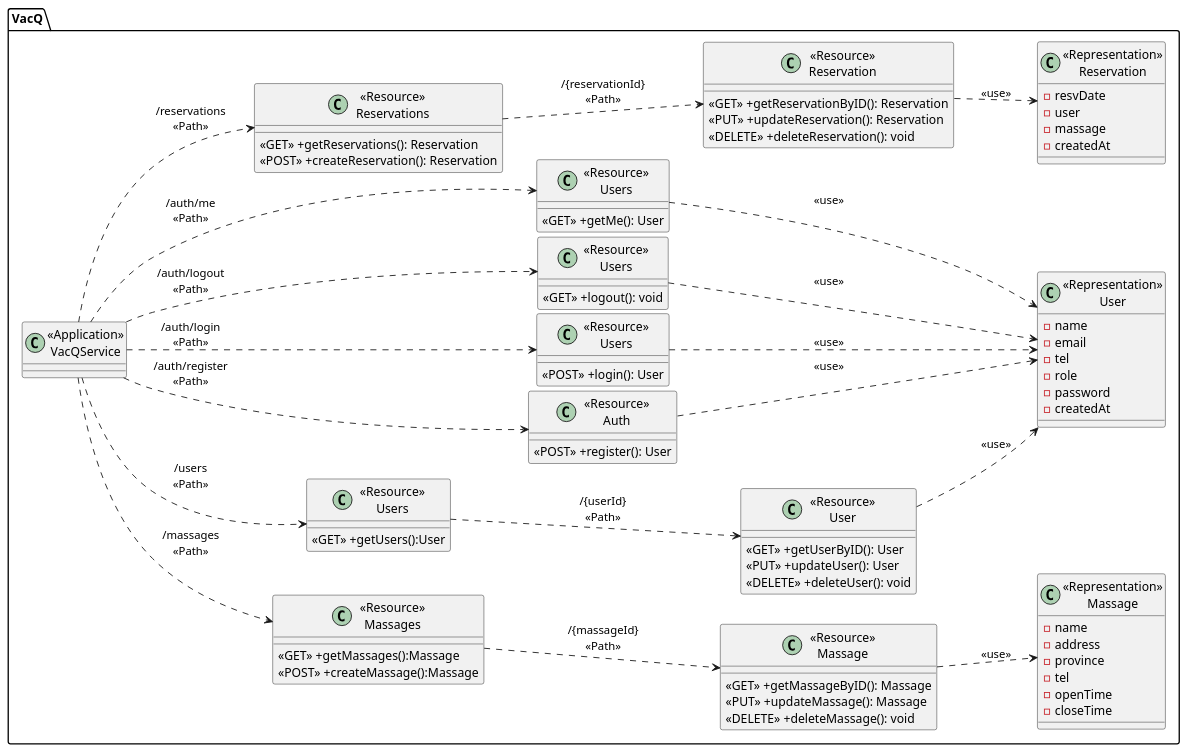
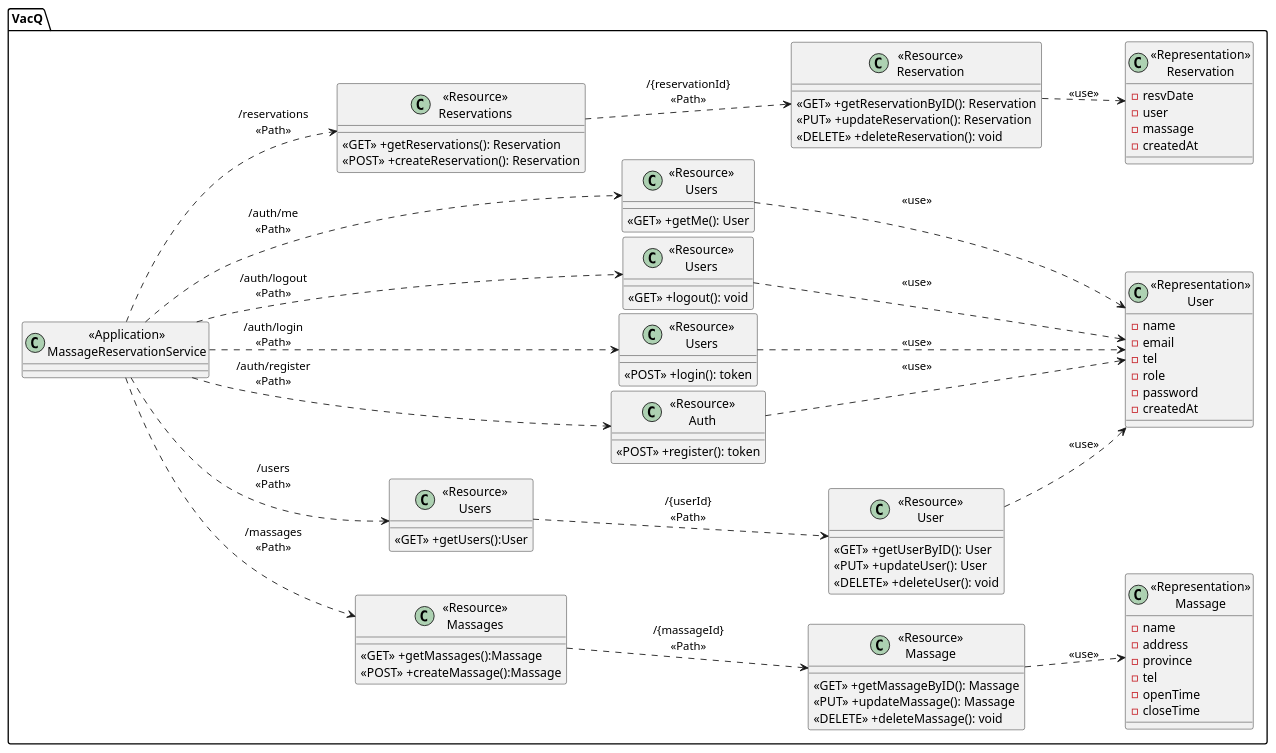
Before and after one commit to 2110503TACEDT66/presentation-day-1-bankyvineyardohoyo-and-friend: the diagram in ClassDiagram.puml, drawn with PlantUML.

Commit message:
Updated puml file

```diff
--- a/ClassDiagram.puml
+++ b/ClassDiagram.puml
@@ -1,107 +1,107 @@
 @startuml
 left to right direction
 package "VacQ"{
-    class "<<Application>>\nVacQService" as VacQService{}
+    class "<<Application>>\nMassageReservationService" as VacQService{}
 
     class "<<Resource>>\nMassages" as ResourceMassages{
         <<GET>> +getMassages():Massage
         <<POST>> +createMassage():Massage
     }
 
     class "<<Resource>>\nMassage" as ResourceMassage {
         <<GET>> +getMassageByID(): Massage
         <<PUT>> +updateMassage(): Massage
         <<DELETE>> +deleteMassage(): void
     }
 
     class "<<Representation>>\nMassage" as RepresentationMassage {
         -name
         -address
         -province
         -tel
         -openTime
         -closeTime
     }
 
     class "<<Resource>>\nUsers" as ResourceUsers{
         <<GET>> +getUsers():User
     }
 
     class "<<Resource>>\nUser" as ResourceUser {
         <<GET>> +getUserByID(): User
         <<PUT>> +updateUser(): User
         <<DELETE>> +deleteUser(): void
     }
     class "<<Resource>>\nAuth" as ResourceAuthRegister {
-        <<POST>> +register(): User
+        <<POST>> +register(): token
     }
 
      class "<<Resource>>\nUsers" as ResourceAuthLogin{
-         <<POST>> +login(): User
+         <<POST>> +login(): token
     }
      class "<<Resource>>\nUsers" as ResourceAuthLogout{
        <<GET>> +logout(): void
     }
      class "<<Resource>>\nUsers" as ResourceAuthGetMe{
         <<GET>> +getMe(): User
     }
      
 
   
 
 
     class "<<Representation>>\nUser" as RepresentationUser {
         -name
         -email
         -tel
         -role
         -password
         -createdAt
         
     }
 
     
     class "<<Resource>>\nReservations" as ResourceReservations{
         <<GET>> +getReservations(): Reservation
         <<POST>> +createReservation(): Reservation
         
     }
 
      class "<<Resource>>\nReservation" as ResourceReservation {
         <<GET>> +getReservationByID(): Reservation
         <<PUT>> +updateReservation(): Reservation
         <<DELETE>> +deleteReservation(): void
     }
 
     class "<<Representation>>\nReservation" as RepresentationReservation {
         -resvDate
         -user
         -massage
         -createdAt
     }
 }
 
 VacQService ..> ResourceMassages:"/massages\n<<Path>>"
 ResourceMassages ..> ResourceMassage: "/{massageId}\n<<Path>>"
 ResourceMassage ..> RepresentationMassage: "<<use>>"
 
 VacQService ..> ResourceUsers:"/users\n<<Path>>"
 ResourceUsers ..> ResourceUser: "/{userId}\n<<Path>>"
 ResourceUser ..> RepresentationUser: "<<use>>"
 
 VacQService ..> ResourceReservations:"/reservations\n<<Path>>"
 ResourceReservations ..> ResourceReservation: "/{reservationId}\n<<Path>>"
 ResourceReservation ..> RepresentationReservation: "<<use>>"
 
 VacQService ..> ResourceAuthLogin:"/auth/login\n<<Path>>"
 VacQService ..> ResourceAuthLogout:"/auth/logout\n<<Path>>"
 VacQService ..> ResourceAuthRegister:"/auth/register\n<<Path>>"
 VacQService ..> ResourceAuthGetMe:"/auth/me\n<<Path>>"
 
 ResourceAuthGetMe ..> RepresentationUser: "<<use>>"
 ResourceAuthLogin ..> RepresentationUser: "<<use>>"
 ResourceAuthLogout ..> RepresentationUser: "<<use>>"
 ResourceAuthRegister ..> RepresentationUser: "<<use>>"
 
 
 @enduml
```
